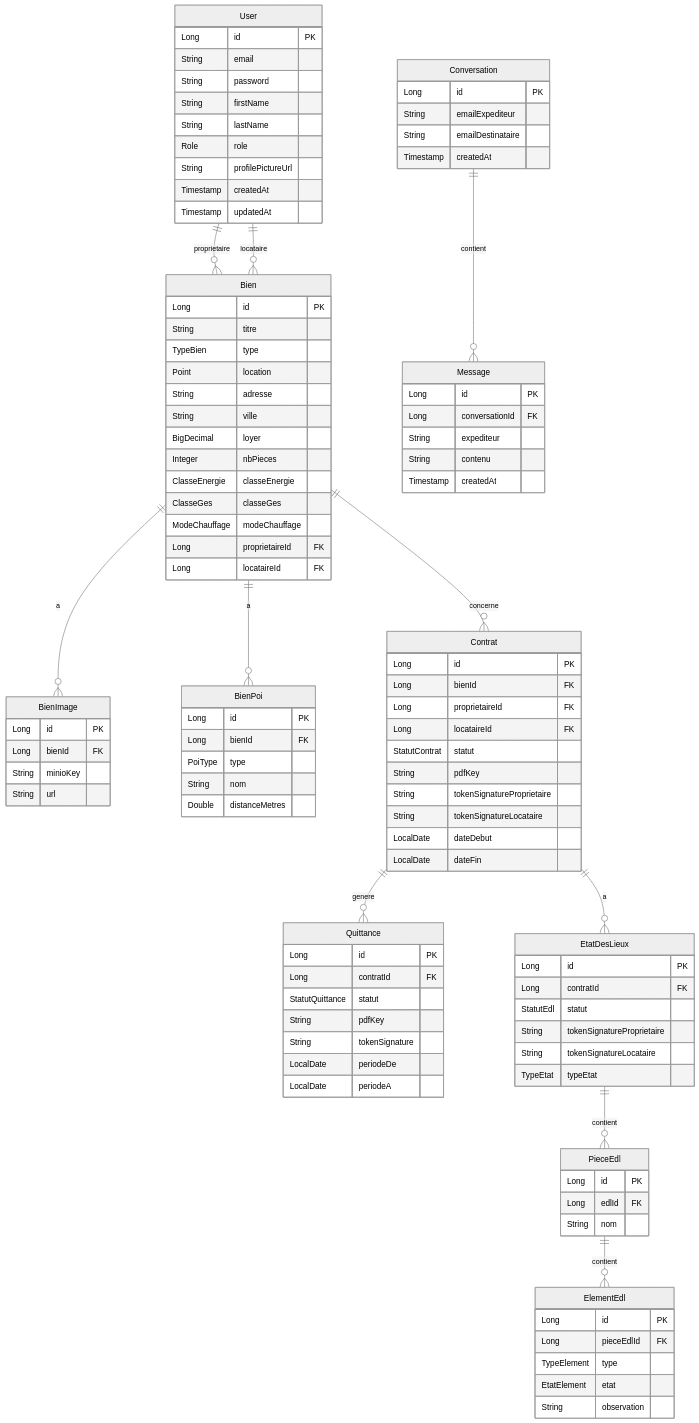
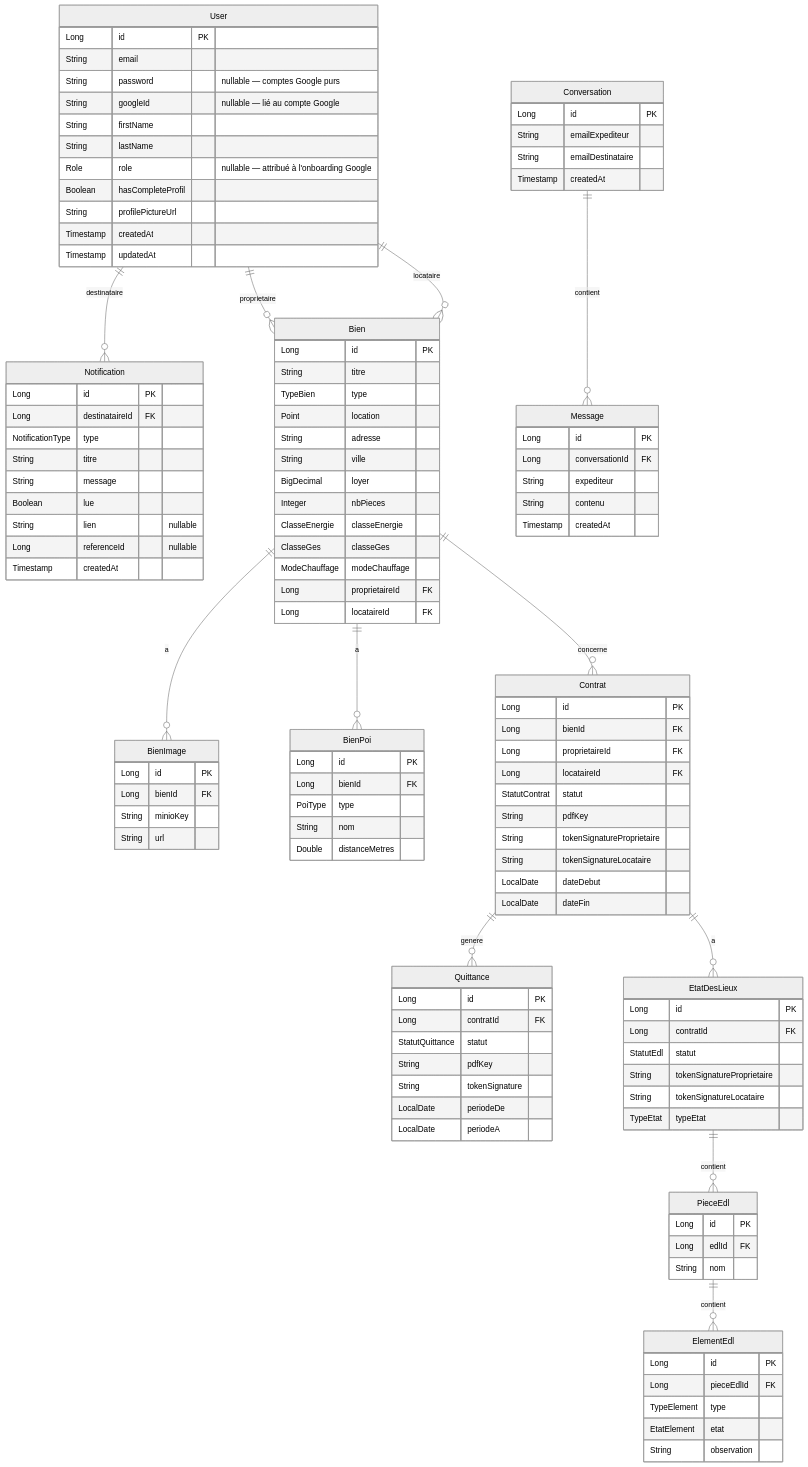
The third of 10 diagrams in DAT.md (Kupanga-App/kupanga-Api), drawn with Mermaid (neutral theme) before and after one commit. The commit also changed other lines of this file and 26 other files, not shown here.

```diff
--- a/DAT.md
+++ b/DAT.md
@@ -343,13 +384,27 @@
     User {
         Long id PK
         String email
-        String password
+        String password "nullable — comptes Google purs"
+        String googleId "nullable — lié au compte Google"
         String firstName
         String lastName
-        Role role
+        Role role "nullable — attribué à l'onboarding Google"
+        Boolean hasCompleteProfil
         String profilePictureUrl
         Timestamp createdAt
         Timestamp updatedAt
+    }
+
+    Notification {
+        Long id PK
+        Long destinataireId FK
+        NotificationType type
+        String titre
+        String message
+        Boolean lue
+        String lien "nullable"
+        Long referenceId "nullable"
+        Timestamp createdAt
     }
 
     Bien {
@@ -444,6 +499,7 @@
         Timestamp createdAt
     }
 
+    User ||--o{ Notification : "destinataire"
     User ||--o{ Bien : "proprietaire"
     User ||--o{ Bien : "locataire"
     Bien ||--o{ BienImage : "a"
```
